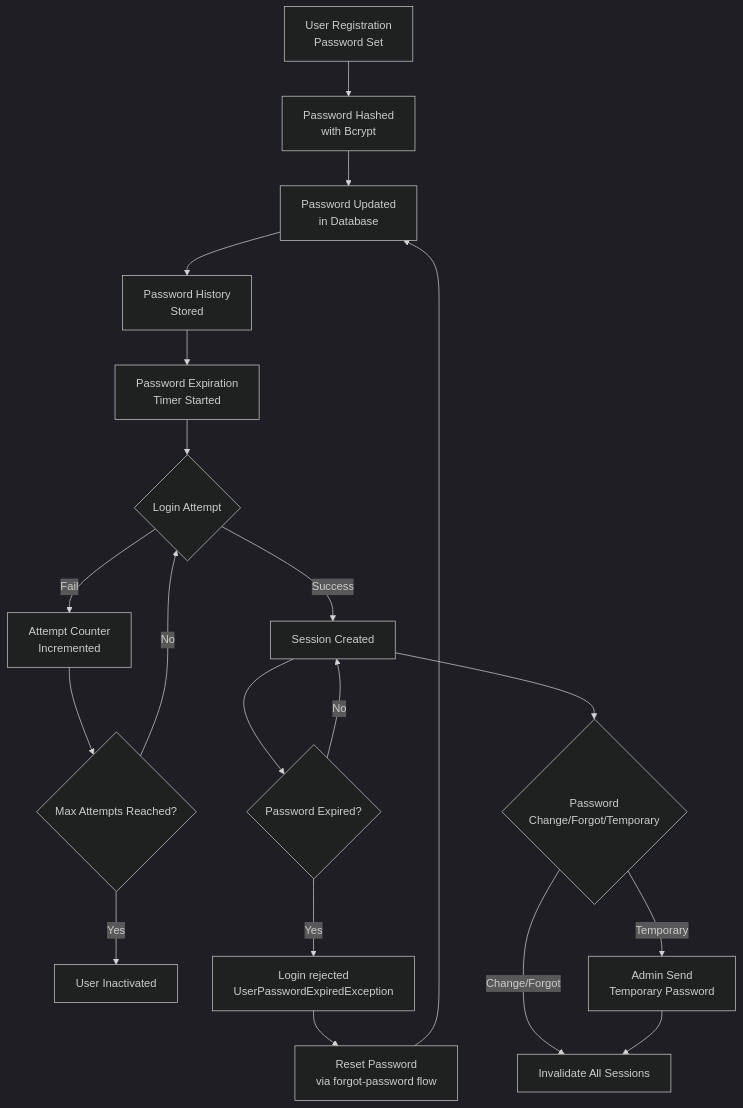
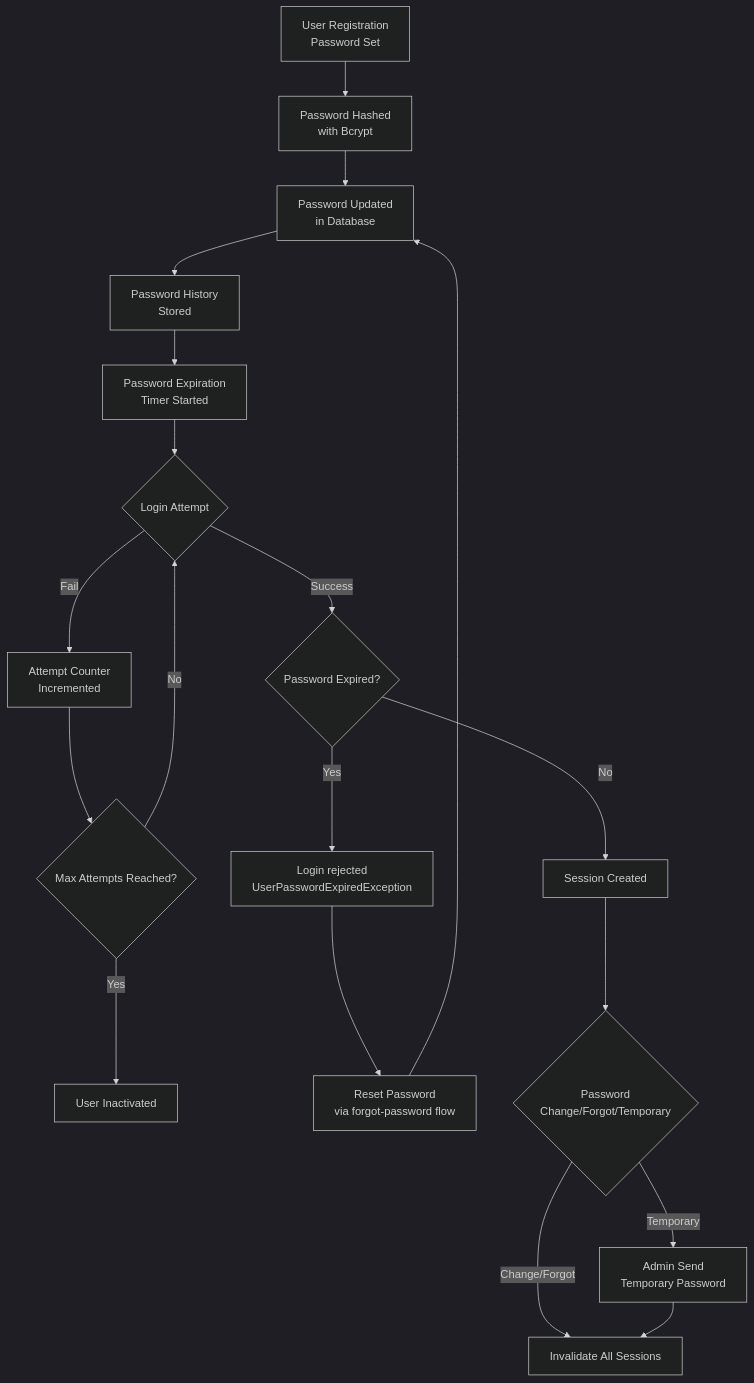
Before and after one commit to andrechristikan/ack-nestjs-boilerplate: the first of 9 diagrams in docs/authentication.md, drawn with Mermaid (dark theme). The commit also changed other lines of this file and 31 other files, not shown here.

````diff
--- a/docs/authentication.md
+++ b/docs/authentication.md
@@ -123,22 +123,21 @@
 ```mermaid
 graph TD
     A[User Registration<br/>Password Set] --> B[Password Hashed<br/>with Bcrypt]
     B --> C[Password Updated<br/>in Database]
     C --> D[Password History<br/>Stored]
     D --> E[Password Expiration<br/>Timer Started]
     E --> F{Login Attempt}
-    F -->|Success| G[Session Created]
+    F -->|Success| K{Password Expired?}
     F -->|Fail| H[Attempt Counter<br/>Incremented]
     H --> I{Max Attempts Reached?}
     I -->|No| F
     I -->|Yes| J[User Inactivated]
-    G --> K{Password Expired?}
-    K -->|No| G
+    K -->|No| G[Session Created]
     K -->|Yes| L[Login rejected<br/>UserPasswordExpiredException]
     L --> M[Reset Password<br/>via forgot-password flow]
     M --> C
     G --> N{Password <br/>Change/Forgot/Temporary}
     N -->|Change/Forgot| O[Invalidate All Sessions]
     N -->|Temporary| P[Admin Send<br/>Temporary Password]
     P --> O
 ```
````
